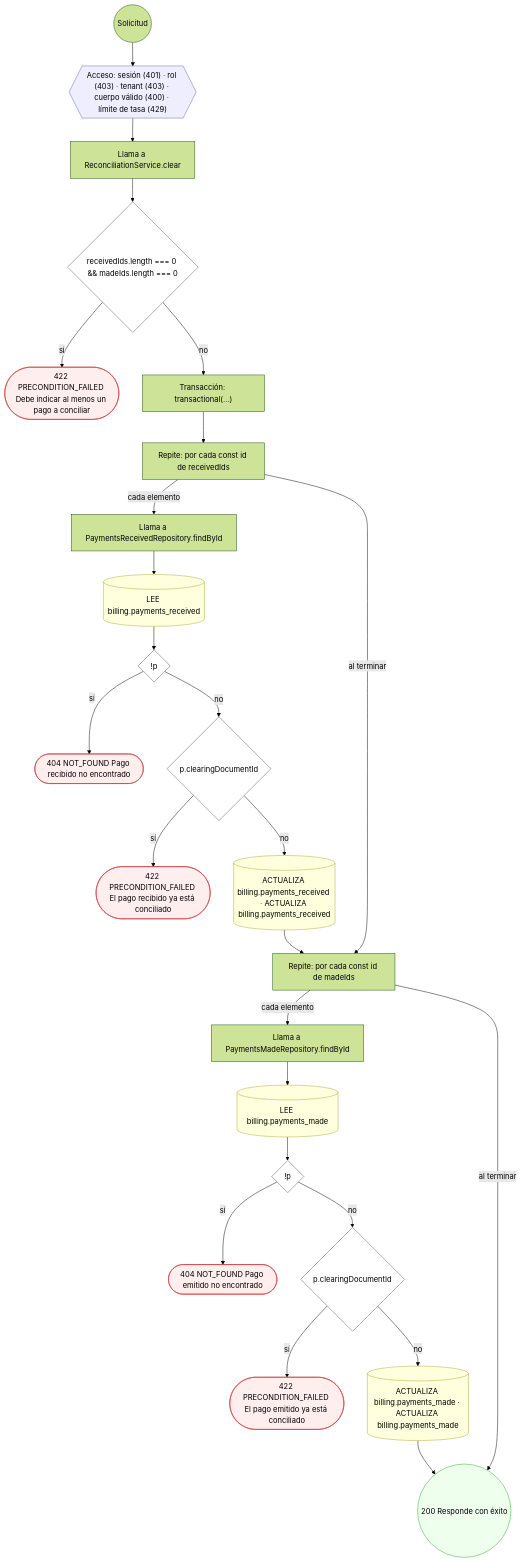
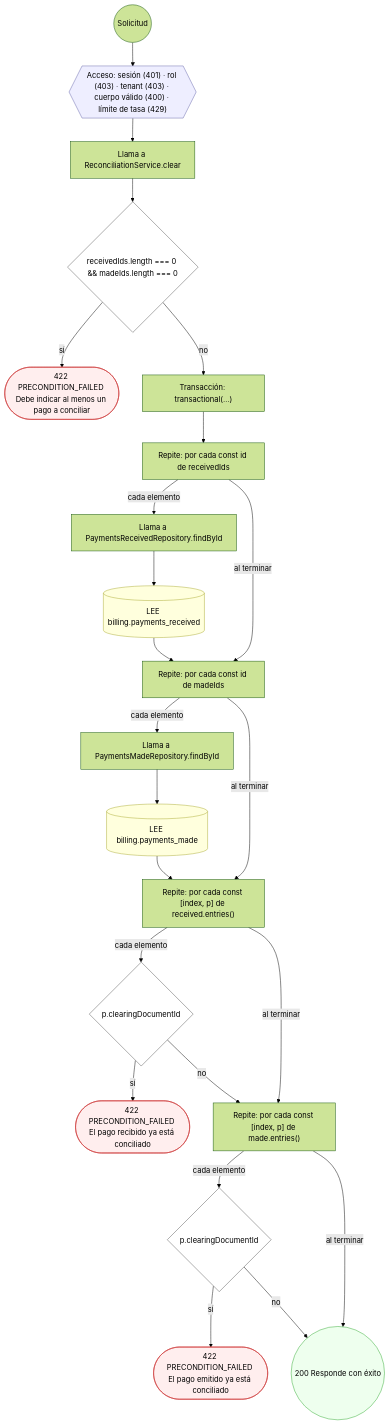
Diagram 17 of 34 in docs/inventario/flujos/billing.md (mdavila-2001/mantra-core-health-api), drawn with Mermaid (forest theme) before and after one commit. The commit also changed other lines of this file and 438 other files, not shown here.

````diff
--- a/docs/inventario/flujos/billing.md
+++ b/docs/inventario/flujos/billing.md
@@ -1242,56 +1285,50 @@
 ```mermaid
 flowchart TD
   n1(("Solicitud")):::inicio
   n2{{"Acceso: sesión (401) · rol (403) · tenant (403) · cuerpo válido (400) · límite de tasa (429)"}}:::acceso
   n1 --> n2
   n3["Llama a ReconciliationService.clear"]:::llamada
   n2 --> n3
   n4{"receivedIds.length === 0 && madeIds.length === 0"}:::decision
   n3 --> n4
   n5(["422 PRECONDITION_FAILED Debe indicar al menos un pago a conciliar"]):::error
   n4 -->|"sí"| n5
   n6["Transacción: transactional(…)"]:::transaccion
   n4 -->|"no"| n6
   n7["Repite: por cada const id de receivedIds"]:::bucle
   n6 --> n7
   n8["Llama a PaymentsReceivedRepository.findById"]:::llamada
   n7 -->|"cada elemento"| n8
   n9[("LEE billing.payments_received")]:::efecto
   n8 --> n9
-  n10{"!p"}:::decision
+  n10["Repite: por cada const id de madeIds"]:::bucle
   n9 --> n10
-  n11(["404 NOT_FOUND Pago recibido no encontrado"]):::error
-  n10 -->|"sí"| n11
-  n12{"p.clearingDocumentId"}:::decision
-  n10 -->|"no"| n12
-  n13(["422 PRECONDITION_FAILED El pago recibido ya está conciliado"]):::error
-  n12 -->|"sí"| n13
-  n14[("ACTUALIZA billing.payments_received · ACTUALIZA billing.payments_received")]:::efecto
-  n12 -->|"no"| n14
-  n15["Repite: por cada const id de madeIds"]:::bucle
-  n14 --> n15
-  n7 -->|"al terminar"| n15
-  n16["Llama a PaymentsMadeRepository.findById"]:::llamada
-  n15 -->|"cada elemento"| n16
-  n17[("LEE billing.payments_made")]:::efecto
-  n16 --> n17
-  n18{"!p"}:::decision
-  n17 --> n18
-  n19(["404 NOT_FOUND Pago emitido no encontrado"]):::error
-  n18 -->|"sí"| n19
-  n20{"p.clearingDocumentId"}:::decision
-  n18 -->|"no"| n20
-  n21(["422 PRECONDITION_FAILED El pago emitido ya está conciliado"]):::error
-  n20 -->|"sí"| n21
-  n22[("ACTUALIZA billing.payments_made · ACTUALIZA billing.payments_made")]:::efecto
-  n20 -->|"no"| n22
-  n23(("200 Responde con éxito")):::ok
-  n22 --> n23
-  n15 -->|"al terminar"| n23
+  n7 -->|"al terminar"| n10
+  n11["Llama a PaymentsMadeRepository.findById"]:::llamada
+  n10 -->|"cada elemento"| n11
+  n12[("LEE billing.payments_made")]:::efecto
+  n11 --> n12
+  n13["Repite: por cada const [index, p] de received.entries()"]:::bucle
+  n12 --> n13
+  n10 -->|"al terminar"| n13
+  n14{"p.clearingDocumentId"}:::decision
+  n13 -->|"cada elemento"| n14
+  n15(["422 PRECONDITION_FAILED El pago recibido ya está conciliado"]):::error
+  n14 -->|"sí"| n15
+  n16["Repite: por cada const [index, p] de made.entries()"]:::bucle
+  n14 -->|"no"| n16
+  n13 -->|"al terminar"| n16
+  n17{"p.clearingDocumentId"}:::decision
+  n16 -->|"cada elemento"| n17
+  n18(["422 PRECONDITION_FAILED El pago emitido ya está conciliado"]):::error
+  n17 -->|"sí"| n18
+  n19(("200 Responde con éxito")):::ok
+  n17 -->|"no"| n19
+  n16 -->|"al terminar"| n19
   classDef acceso fill:#eef,stroke:#66a
   classDef error fill:#fee,stroke:#c33
   classDef ok fill:#efe,stroke:#3a3
   classDef efecto fill:#ffd,stroke:#aa3
   classDef decision fill:#fff,stroke:#555
   classDef corte fill:#eee,stroke:#999,stroke-dasharray: 4
 ```
````
